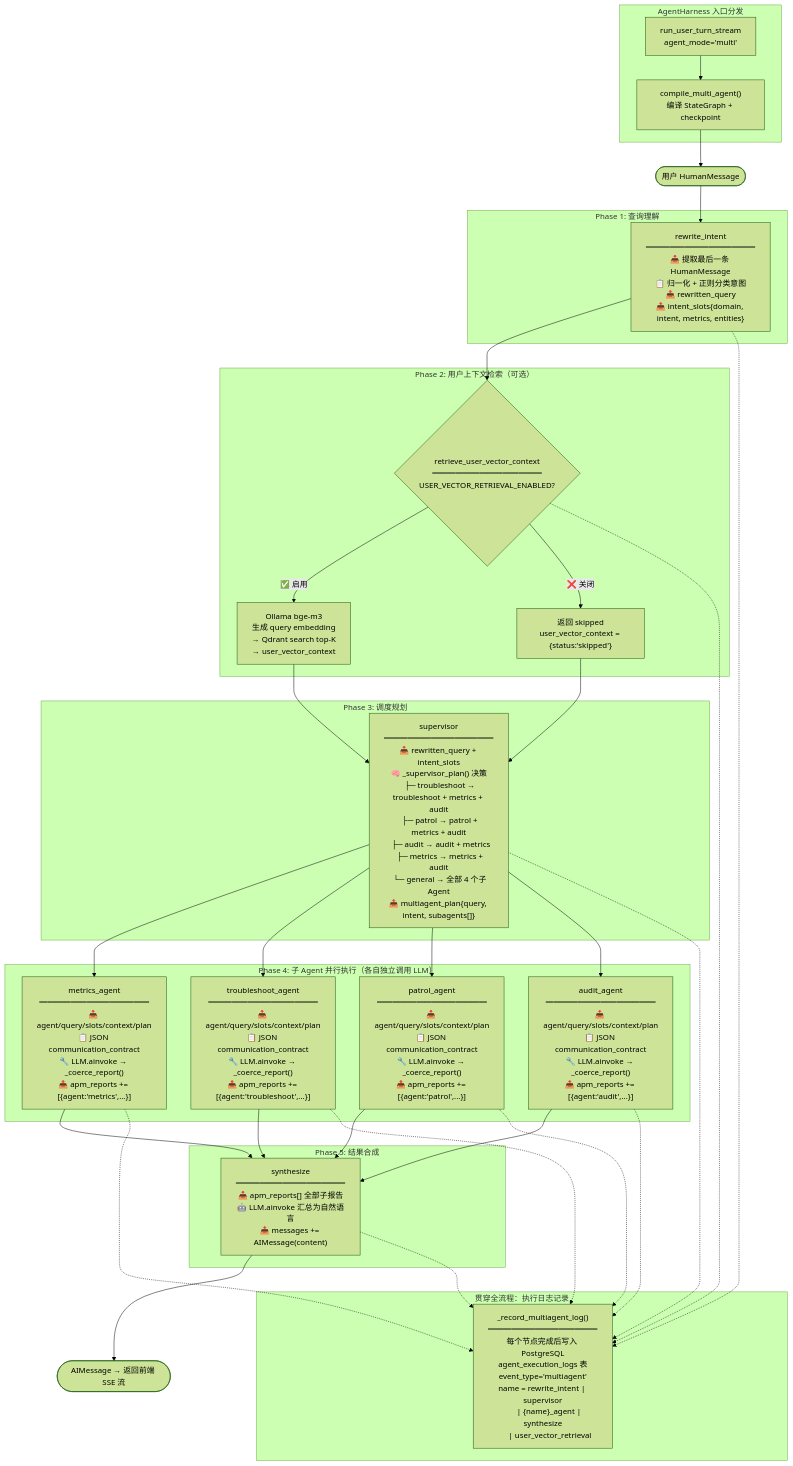
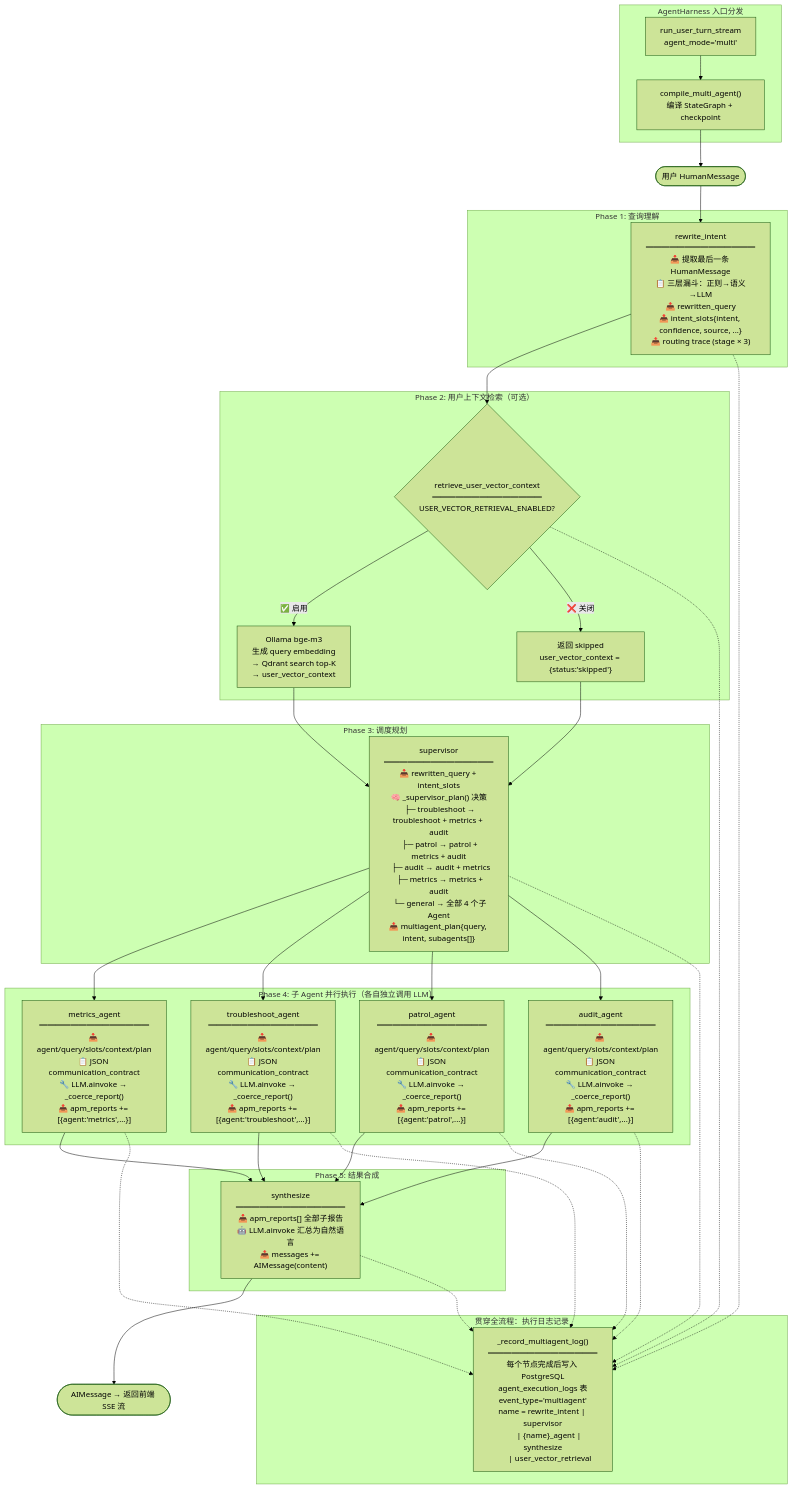
The third of 15 diagrams in 技术方案报告.md (YachuanWzh/huamulan-agent), drawn with Mermaid (forest theme) before and after one commit. The commit also changed other lines of this file and 5 other files, not shown here.

First line of the commit message:
feat(intent-router): 实现 Multi-agent Hybrid 三层意图路由

````diff
--- a/技术方案报告.md
+++ b/技术方案报告.md
@@ -341,65 +344,65 @@
 ```mermaid
 flowchart TD
     subgraph Harness["AgentHarness 入口分发"]
         HR["run_user_turn_stream<br/>agent_mode='multi'"] --> GC["compile_multi_agent()<br/>编译 StateGraph + checkpoint"]
     end
 
     GC --> START
 
     START(["用户 HumanMessage"]) --> RW
 
     subgraph Phase1["Phase 1: 查询理解"]
-        RW["rewrite_intent<br/>━━━━━━━━━━━━━━<br/>📥 提取最后一条 HumanMessage<br/>📋 归一化 + 正则分类意图<br/>📤 rewritten_query<br/>📤 intent_slots{domain, intent, metrics, entities}"]
+        RW["rewrite_intent<br/>━━━━━━━━━━━━━━<br/>📥 提取最后一条 HumanMessage<br/>📋 三层漏斗：正则→语义→LLM<br/>📤 rewritten_query<br/>📤 intent_slots{intent, confidence, source, ...}<br/>📤 routing trace (stage × 3)"]
     end
 
     RW --> UV
 
     subgraph Phase2["Phase 2: 用户上下文检索（可选）"]
         UV{"retrieve_user_vector_context<br/>━━━━━━━━━━━━━━<br/>USER_VECTOR_RETRIEVAL_ENABLED?"}
         UV -->|"✅ 启用"| QDRANT["Ollama bge-m3<br/>生成 query embedding<br/>→ Qdrant search top-K<br/>→ user_vector_context"]
         UV -->|"❌ 关闭"| SKIP_UV["返回 skipped<br/>user_vector_context = {status:'skipped'}"]
     end
 
     QDRANT --> SV
     SKIP_UV --> SV
 
     subgraph Phase3["Phase 3: 调度规划"]
         SV["supervisor<br/>━━━━━━━━━━━━━━<br/>📥 rewritten_query + intent_slots<br/>🧠 _supervisor_plan() 决策<br/>  ├─ troubleshoot → troubleshoot + metrics + audit<br/>  ├─ patrol → patrol + metrics + audit<br/>  ├─ audit → audit + metrics<br/>  ├─ metrics → metrics + audit<br/>  └─ general → 全部 4 个子 Agent<br/>📤 multiagent_plan{query, intent, subagents[]}"]
     end
 
     SV --> ME
     SV --> TR
     SV --> PA
     SV --> AU
 
     subgraph Phase4["Phase 4: 子 Agent 并行执行（各自独立调用 LLM）"]
         ME["metrics_agent<br/>━━━━━━━━━━━━━━<br/>📥 agent/query/slots/context/plan<br/>📋 JSON communication_contract<br/>🔧 LLM.ainvoke → _coerce_report()<br/>📤 apm_reports += [{agent:'metrics',...}]"]
         TR["troubleshoot_agent<br/>━━━━━━━━━━━━━━<br/>📥 agent/query/slots/context/plan<br/>📋 JSON communication_contract<br/>🔧 LLM.ainvoke → _coerce_report()<br/>📤 apm_reports += [{agent:'troubleshoot',...}]"]
         PA["patrol_agent<br/>━━━━━━━━━━━━━━<br/>📥 agent/query/slots/context/plan<br/>📋 JSON communication_contract<br/>🔧 LLM.ainvoke → _coerce_report()<br/>📤 apm_reports += [{agent:'patrol',...}]"]
         AU["audit_agent<br/>━━━━━━━━━━━━━━<br/>📥 agent/query/slots/context/plan<br/>📋 JSON communication_contract<br/>🔧 LLM.ainvoke → _coerce_report()<br/>📤 apm_reports += [{agent:'audit',...}]"]
     end
 
     ME --> SY
     TR --> SY
     PA --> SY
     AU --> SY
 
     subgraph Phase5["Phase 5: 结果合成"]
         SY["synthesize<br/>━━━━━━━━━━━━━━<br/>📥 apm_reports[] 全部子报告<br/>🤖 LLM.ainvoke 汇总为自然语言<br/>📤 messages += AIMessage(content)"]
     end
 
     SY --> END_NODE(["AIMessage → 返回前端 SSE 流"])
 
     subgraph Logging["贯穿全流程：执行日志记录"]
         LOG["_record_multiagent_log()<br/>━━━━━━━━━━━━━━<br/>每个节点完成后写入 PostgreSQL<br/>agent_execution_logs 表<br/>event_type='multiagent'<br/>name = rewrite_intent | supervisor<br/>       | {name}_agent | synthesize<br/>       | user_vector_retrieval"]
     end
 
     RW -.-> LOG
     UV -.-> LOG
     SV -.-> LOG
     ME -.-> LOG
     TR -.-> LOG
     PA -.-> LOG
     AU -.-> LOG
     SY -.-> LOG
 ```
````
